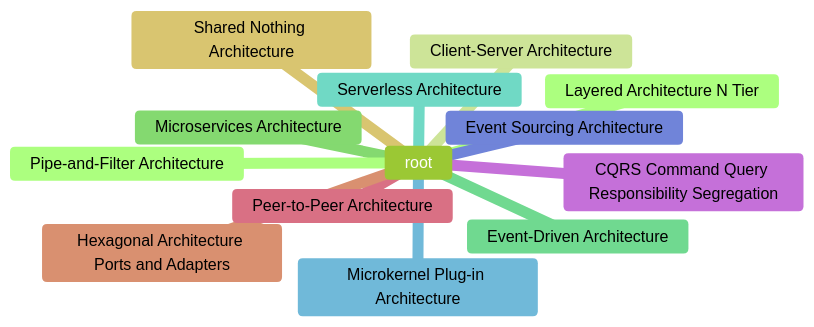
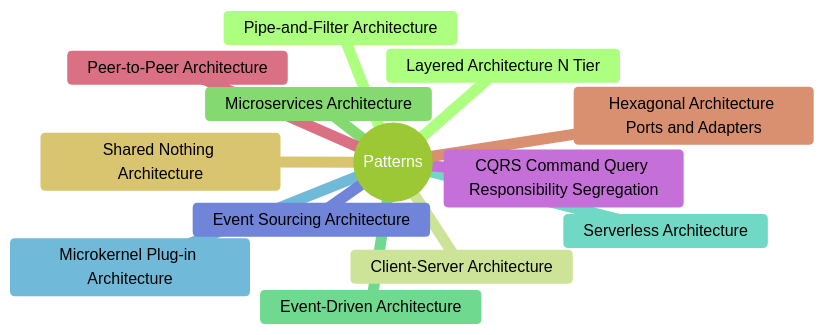
One commit to thinkaboutcode/knowledge-base changed the diagram in architecture/architecture_patterns.md. Above: the diagram before and after it, drawn with Mermaid (forest theme). The commit also changed 1 other file, not shown here.

Commit message:
modified mindmaps

````diff
--- a/architecture/architecture_patterns.md
+++ b/architecture/architecture_patterns.md
@@ -5,16 +5,16 @@
 ```mermaid
 mindmap
-  root
+  root((Patterns))
     Layered Architecture N Tier
     Client-Server Architecture
     Microservices Architecture
     Event-Driven Architecture
     Serverless Architecture
     Microkernel Plug-in Architecture
     Event Sourcing Architecture
     CQRS Command Query Responsibility Segregation
     Peer-to-Peer Architecture
     Hexagonal Architecture Ports and Adapters
     Shared Nothing Architecture
     Pipe-and-Filter Architecture
 ```
````
